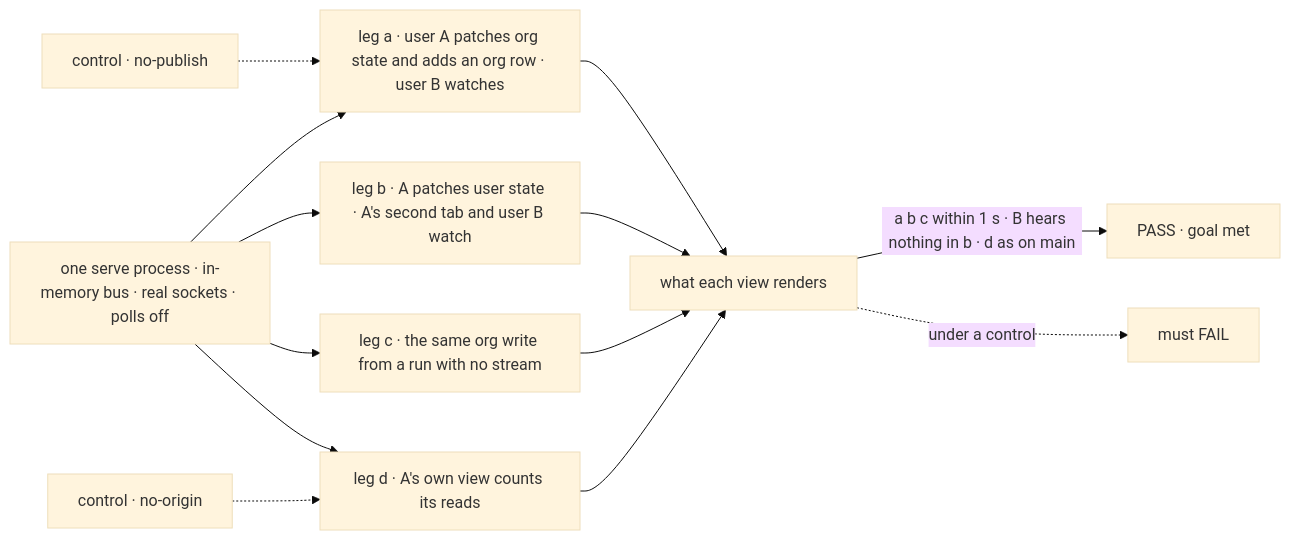
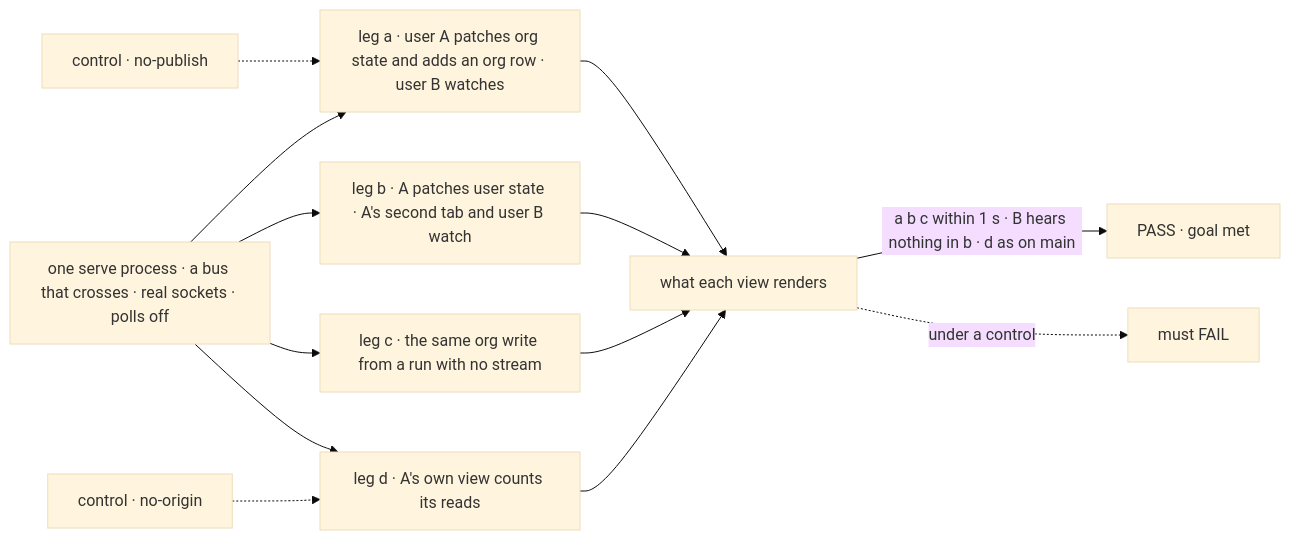
The first of 2 diagrams in specs/issues/FIX-1506/SPEC.md (fixpoint-labs/flow-state-dev), drawn with Mermaid (base theme) before and after one commit. The commit also changed other lines of this file and 13 other files, not shown here.

````diff
--- a/specs/issues/FIX-1506/SPEC.md
+++ b/specs/issues/FIX-1506/SPEC.md
@@ -35,15 +35,15 @@
 ```mermaid
 flowchart LR
-  A["one serve process · in-memory bus · real sockets · polls off"] --> L1["leg a · user A patches org state and adds an org row · user B watches"]
+  A["one serve process · a bus that crosses · real sockets · polls off"] --> L1["leg a · user A patches org state and adds an org row · user B watches"]
   A --> L2["leg b · A patches user state · A's second tab and user B watch"]
   A --> L3["leg c · the same org write from a run with no stream"]
   A --> L4["leg d · A's own view counts its reads"]
   L1 --> T["what each view renders"]
   L2 --> T
   L3 --> T
   L4 --> T
   T -->|"a b c within 1 s · B hears nothing in b · d as on main"| P["PASS · goal met"]
   C1["control · no-publish"] -.-> L1
   C2["control · no-origin"] -.-> L4
   T -.->|"under a control"| F["must FAIL"]
 ```
````
